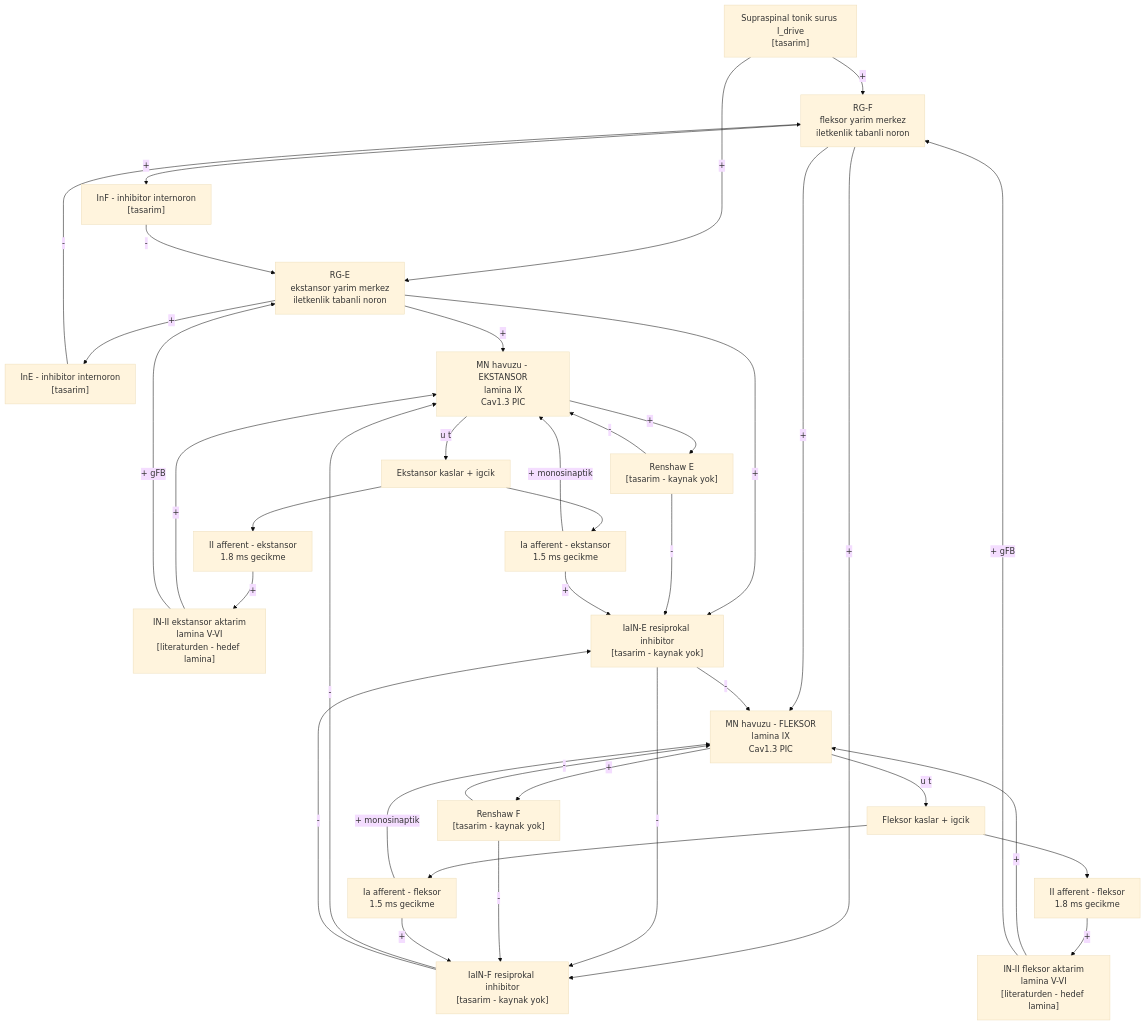
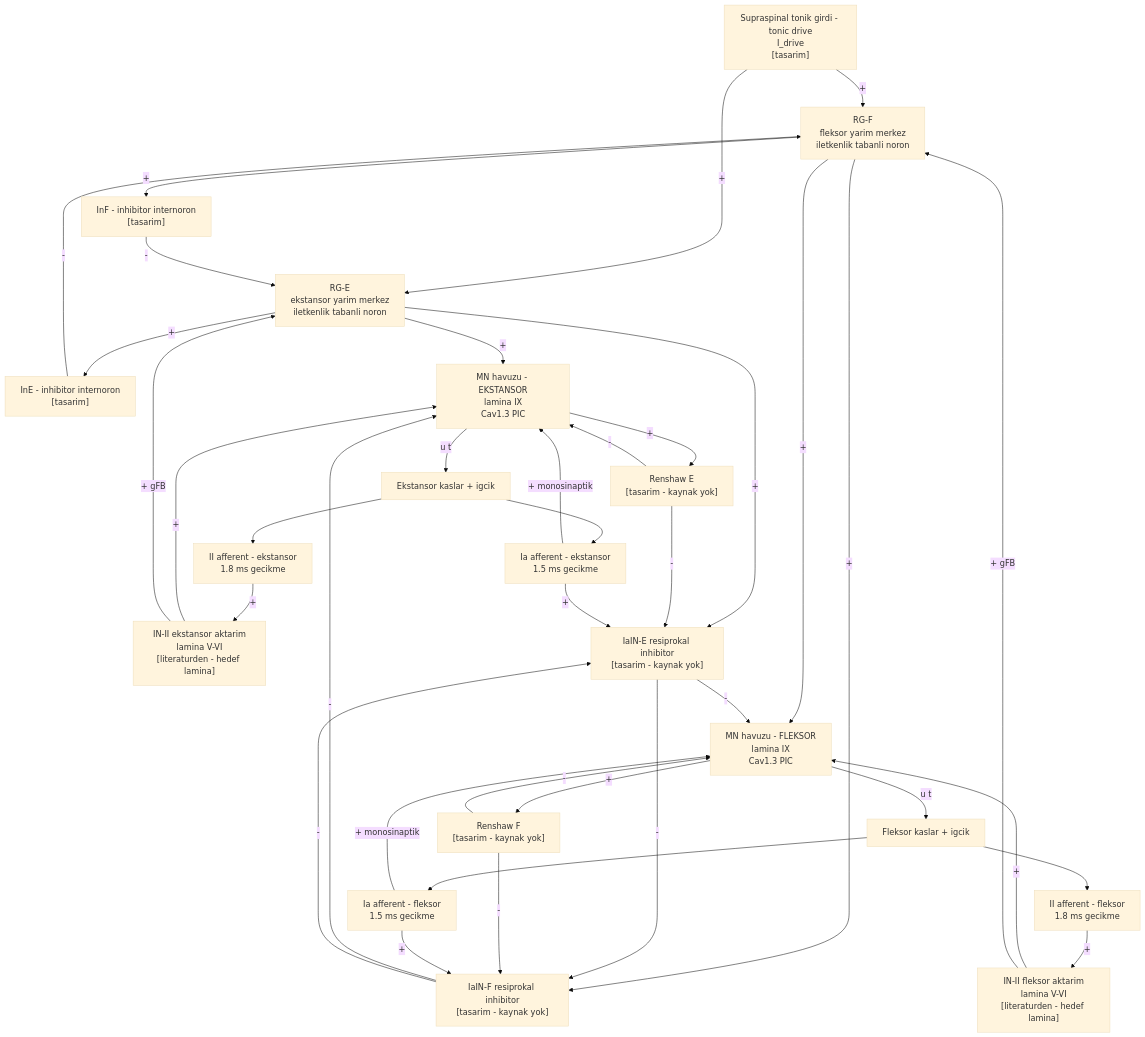
The diagram in literatur/diyagramlar/D2_omurilik_devresi.md (Microrobotik-Mechatronics-Laboratory/CP-USK2026-rat-hindlimb-movement-neuromechanics-opensim-neuron), drawn with Mermaid (base theme) before and after one commit. The commit also changed other lines of this file and 12 other files, not shown here.

````diff
--- a/literatur/diyagramlar/D2_omurilik_devresi.md
+++ b/literatur/diyagramlar/D2_omurilik_devresi.md
@@ -8,74 +8,74 @@
 ```mermaid
 flowchart TD
-    DRV["Supraspinal tonik surus I_drive<br/>[tasarim]"]
+    DRV["Supraspinal tonik girdi - tonic drive<br/>I_drive<br/>[tasarim]"]
 
     RGF["RG-F<br/>fleksor yarim merkez<br/>iletkenlik tabanli noron"]
     RGE["RG-E<br/>ekstansor yarim merkez<br/>iletkenlik tabanli noron"]
 
     INF["InF - inhibitor internoron<br/>[tasarim]"]
     INE["InE - inhibitor internoron<br/>[tasarim]"]
 
     IIF["IN-II fleksor aktarim<br/>lamina V-VI<br/>[literaturden - hedef lamina]"]
     IIE["IN-II ekstansor aktarim<br/>lamina V-VI<br/>[literaturden - hedef lamina]"]
 
     IAF["IaIN-F resiprokal inhibitor<br/>[tasarim - kaynak yok]"]
     IAE["IaIN-E resiprokal inhibitor<br/>[tasarim - kaynak yok]"]
 
     MNF["MN havuzu - FLEKSOR<br/>lamina IX<br/>Cav1.3 PIC"]
     MNE["MN havuzu - EKSTANSOR<br/>lamina IX<br/>Cav1.3 PIC"]
 
     RCF["Renshaw F<br/>[tasarim - kaynak yok]"]
     RCE["Renshaw E<br/>[tasarim - kaynak yok]"]
 
     MF["Fleksor kaslar + igcik"]
     ME["Ekstansor kaslar + igcik"]
 
     IAAF["Ia afferent - fleksor<br/>1.5 ms gecikme"]
     IAAE["Ia afferent - ekstansor<br/>1.5 ms gecikme"]
     IIAF["II afferent - fleksor<br/>1.8 ms gecikme"]
     IIAE["II afferent - ekstansor<br/>1.8 ms gecikme"]
 
     DRV -->|"+"| RGF
     DRV -->|"+"| RGE
 
     RGF -->|"+"| INF
     INF -->|"-"| RGE
     RGE -->|"+"| INE
     INE -->|"-"| RGF
 
     RGF -->|"+"| MNF
     RGE -->|"+"| MNE
     RGF -->|"+"| IAF
     RGE -->|"+"| IAE
 
     IAF -->|"-"| MNE
     IAE -->|"-"| MNF
     IAF -->|"-"| IAE
     IAE -->|"-"| IAF
 
     MNF -->|"+"| RCF
     RCF -->|"-"| MNF
     RCF -->|"-"| IAF
     MNE -->|"+"| RCE
     RCE -->|"-"| MNE
     RCE -->|"-"| IAE
 
     MNF -->|"u t"| MF
     MNE -->|"u t"| ME
 
     MF --> IAAF
     MF --> IIAF
     ME --> IAAE
     ME --> IIAE
 
     IAAF -->|"+ monosinaptik"| MNF
     IAAE -->|"+ monosinaptik"| MNE
     IAAF -->|"+"| IAF
     IAAE -->|"+"| IAE
     IIAF -->|"+"| IIF
     IIAE -->|"+"| IIE
     IIF -->|"+"| MNF
     IIE -->|"+"| MNE
     IIF -->|"+ gFB"| RGF
     IIE -->|"+ gFB"| RGE
 ```
````
